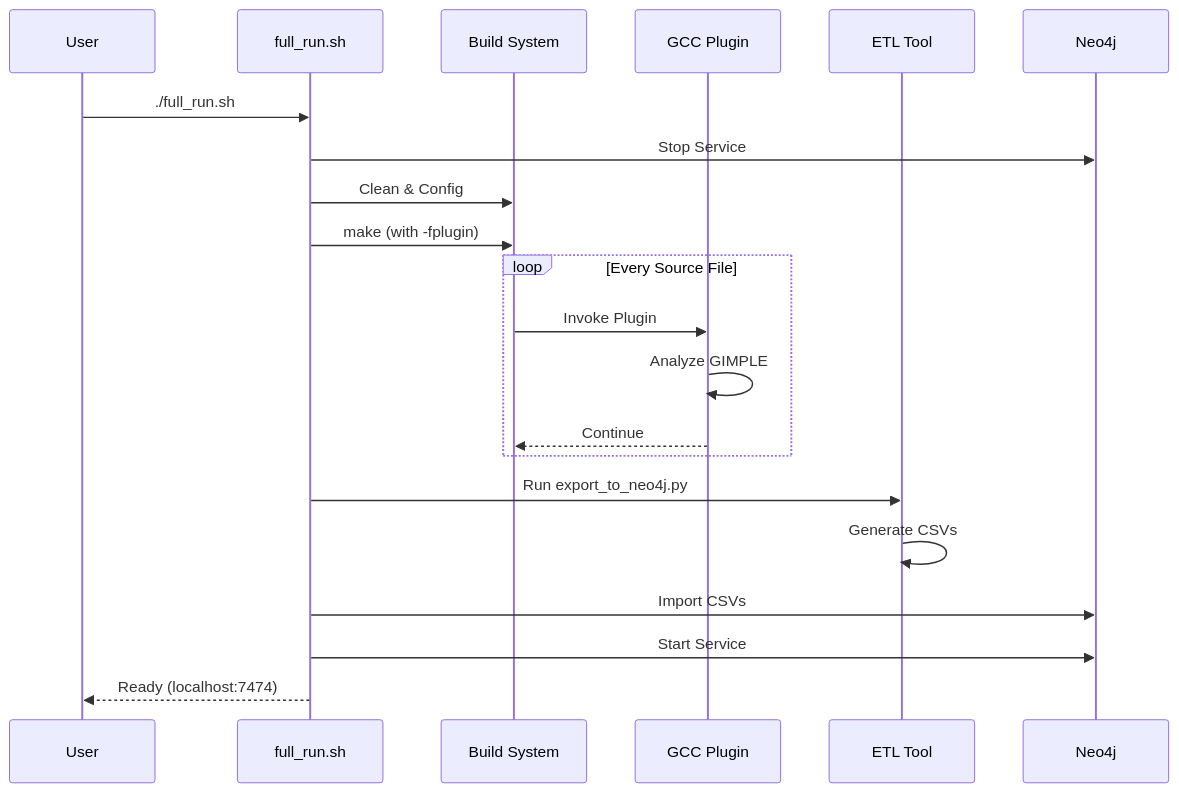
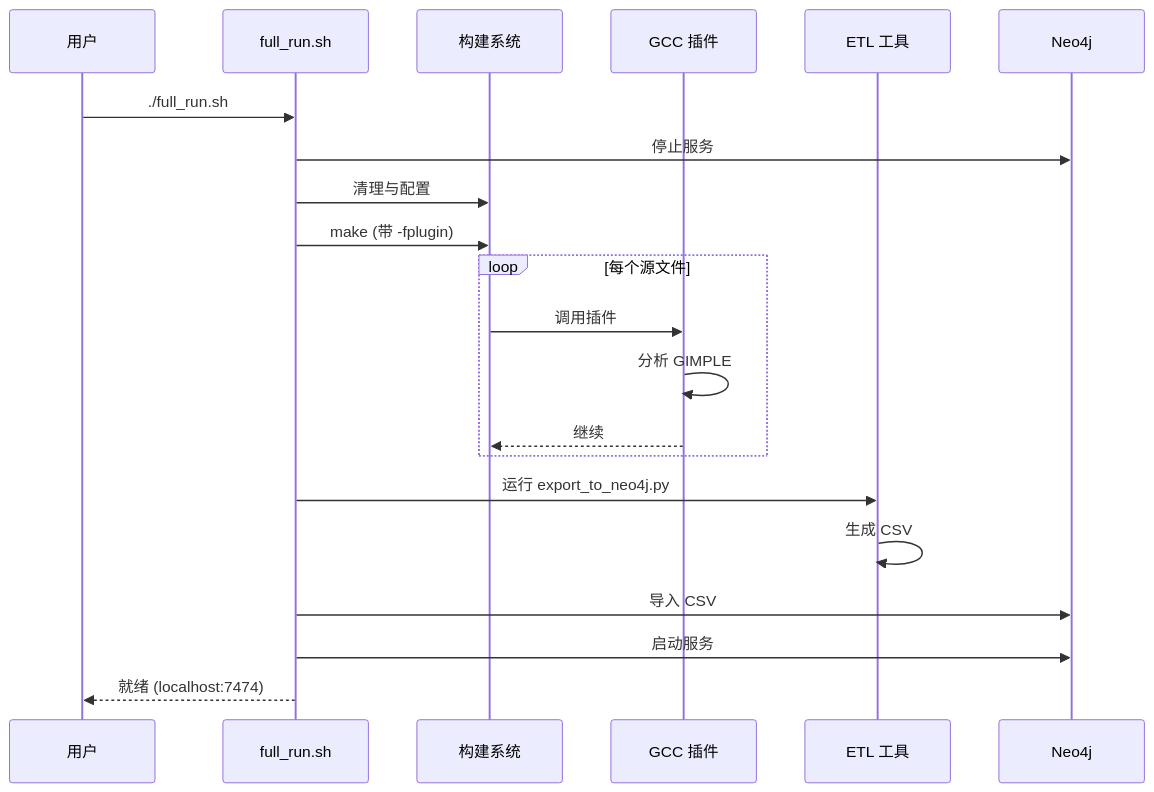
The sixth of 7 diagrams in README.md (lehengzhangJacob/Linux_kernel_safety_tool), drawn with Mermaid before and after one commit. The commit also changed other lines of this file, not shown here.

Commit message:
Translate all mermaid diagrams to Chinese

````diff
--- a/README.md
+++ b/README.md
@@ -392,24 +392,24 @@
 ```mermaid
 sequenceDiagram
-    participant User
+    participant User as 用户
     participant Script as full_run.sh
-    participant Build as Build System
-    participant Plugin as GCC Plugin
-    participant ETL as ETL Tool
+    participant Build as 构建系统
+    participant Plugin as GCC 插件
+    participant ETL as ETL 工具
     participant DB as Neo4j
 
     User->>Script: ./full_run.sh
-    Script->>DB: Stop Service
-    Script->>Build: Clean & Config
-    Script->>Build: make (with -fplugin)
-    loop Every Source File
-        Build->>Plugin: Invoke Plugin
-        Plugin->>Plugin: Analyze GIMPLE
-        Plugin-->>Build: Continue
+    Script->>DB: 停止服务
+    Script->>Build: 清理与配置
+    Script->>Build: make (带 -fplugin)
+    loop 每个源文件
+        Build->>Plugin: 调用插件
+        Plugin->>Plugin: 分析 GIMPLE
+        Plugin-->>Build: 继续
     end
-    Script->>ETL: Run export_to_neo4j.py
-    ETL->>ETL: Generate CSVs
-    Script->>DB: Import CSVs
-    Script->>DB: Start Service
-    Script-->>User: Ready (localhost:7474)
+    Script->>ETL: 运行 export_to_neo4j.py
+    ETL->>ETL: 生成 CSV
+    Script->>DB: 导入 CSV
+    Script->>DB: 启动服务
+    Script-->>User: 就绪 (localhost:7474)
 ```
````
